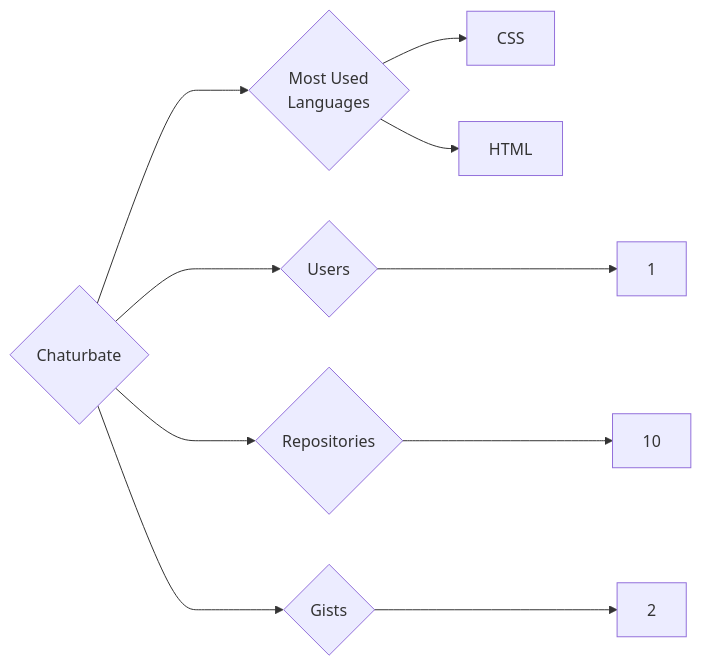
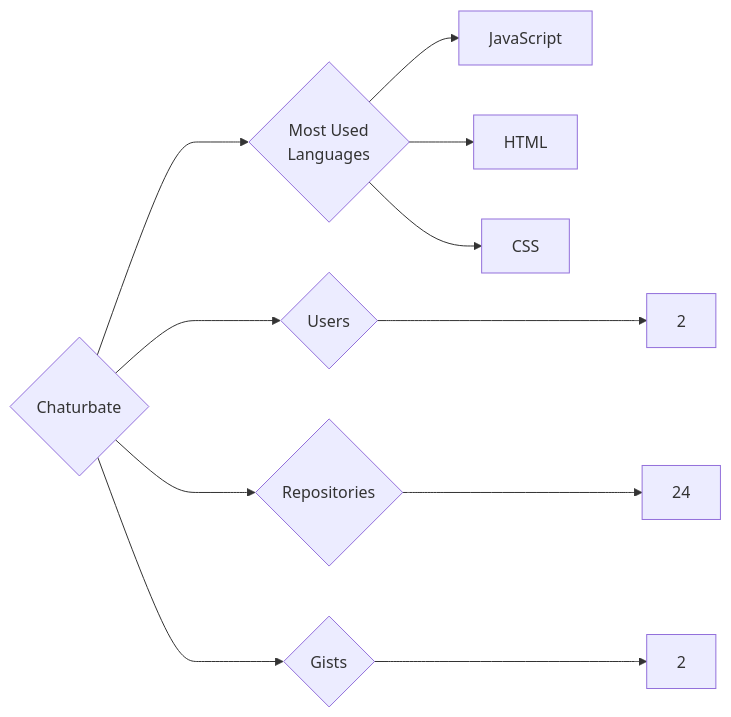
The diagram in targets/Chaturbate/README.md (trickest/insiders), drawn with Mermaid before and after one commit. The commit also changed 681 other files, not shown here.

````diff
--- a/targets/Chaturbate/README.md
+++ b/targets/Chaturbate/README.md
@@ -3,10 +3,11 @@
 ```mermaid
 graph LR
 COMPANY_NAME{Chaturbate}
-COMPANY_NAME ---> U{Users} ---> UN[1]
-COMPANY_NAME ---> R{Repositories} ---> RN[10]
+COMPANY_NAME ---> U{Users} ---> UN[2]
+COMPANY_NAME ---> R{Repositories} ---> RN[24]
 COMPANY_NAME ---> G{Gists} ---> GN[2]
 COMPANY_NAME ---> ML{Most Used<br>Languages}
+ML --> JavaScript[JavaScript]
+ML --> HTML[HTML]
 ML --> CSS[CSS]
-ML --> HTML[HTML]
 ```
````
